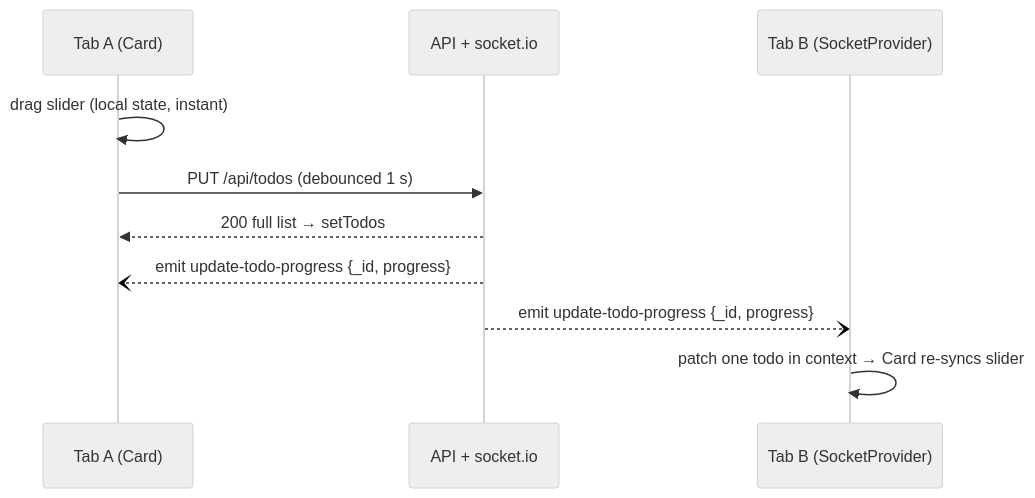
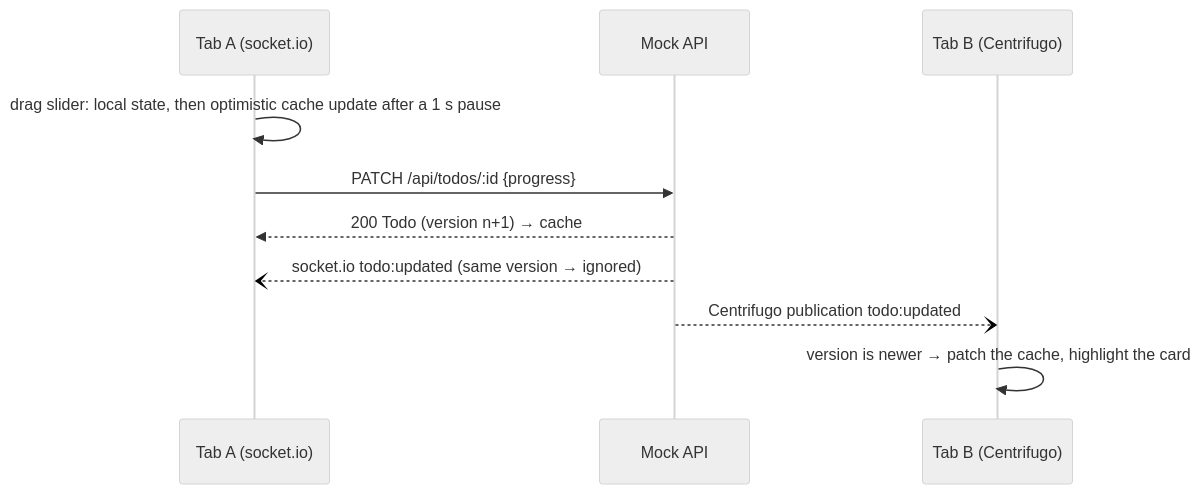
One commit to dianaasamkova/realtime-todos changed the second of 2 diagrams in TECH.md. Above: the diagram before and after it, drawn with Mermaid (neutral theme). The commit also changed other lines of this file and 3 other files, not shown here.

````diff
--- a/TECH.md
+++ b/TECH.md
@@ -16,12 +38,12 @@
 ```mermaid
 sequenceDiagram
-  participant A as Tab A (Card)
-  participant API as API + socket.io
-  participant B as Tab B (SocketProvider)
-  A->>A: drag slider (local state, instant)
-  A->>API: PUT /api/todos (debounced 1 s)
-  API-->>A: 200 full list → setTodos
-  API--)A: emit update-todo-progress {_id, progress}
-  API--)B: emit update-todo-progress {_id, progress}
-  B->>B: patch one todo in context → Card re-syncs slider
+  participant A as Tab A (socket.io)
+  participant API as Mock API
+  participant B as Tab B (Centrifugo)
+  A->>A: drag slider: local state, then optimistic cache update after a 1 s pause
+  A->>API: PATCH /api/todos/:id {progress}
+  API-->>A: 200 Todo (version n+1) → cache
+  API--)A: socket.io todo:updated (same version → ignored)
+  API--)B: Centrifugo publication todo:updated
+  B->>B: version is newer → patch the cache, highlight the card
 ```
````
